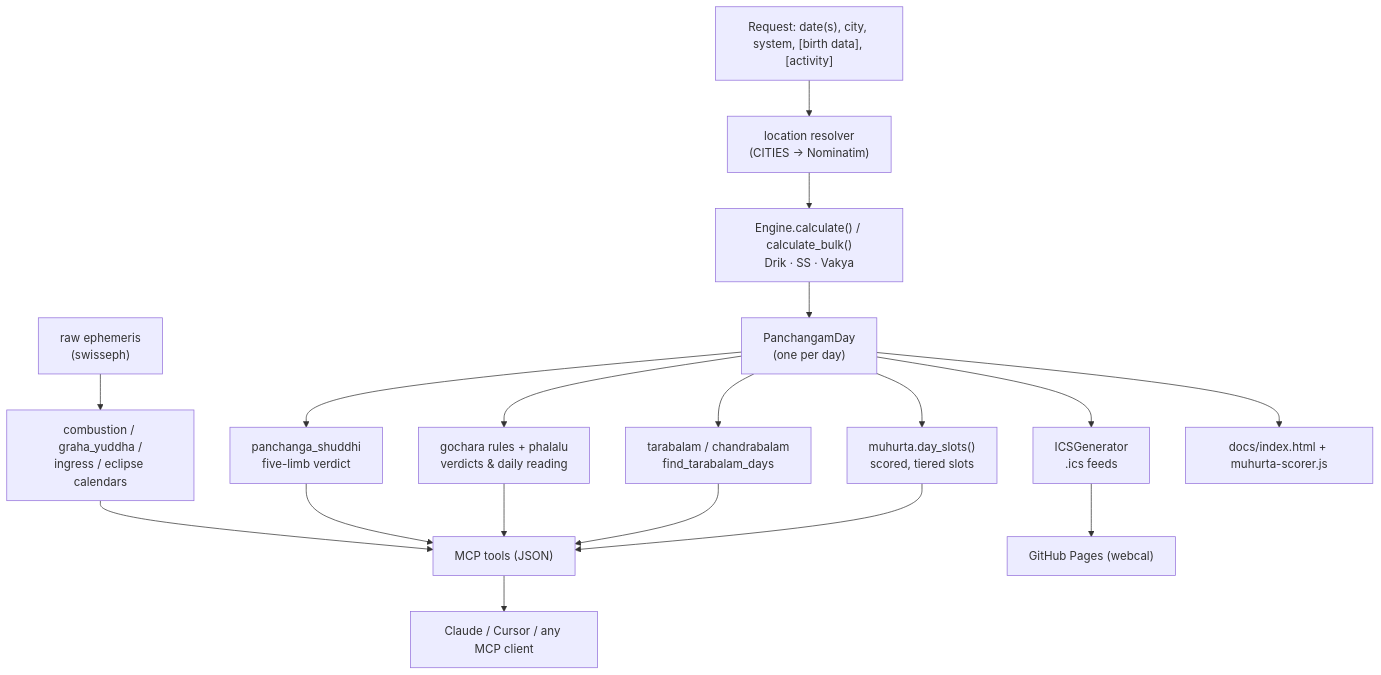
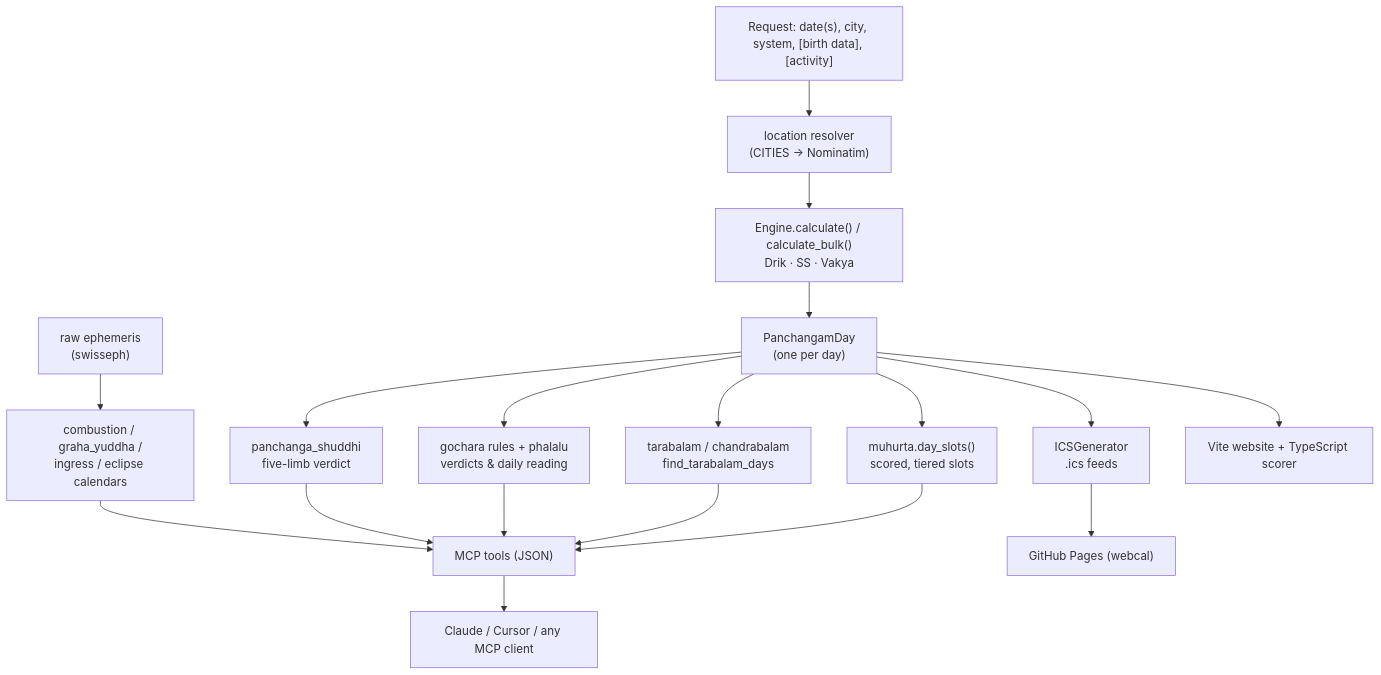
Before and after one commit to socraticsurge/telugu-calendar-utilities: the first of 2 diagrams in docs/reference/05-data-flow-and-muhurta.md, drawn with Mermaid. The commit also changed other lines of this file and 8 other files, not shown here.

````diff
--- a/docs/reference/05-data-flow-and-muhurta.md
+++ b/docs/reference/05-data-flow-and-muhurta.md
@@ -10,26 +10,26 @@
 ```mermaid
 flowchart TB
     REQ["Request: date(s), city, system, [birth data], [activity]"]
     LOC["location resolver<br/>(CITIES → Nominatim)"]
     ENGINE["Engine.calculate() / calculate_bulk()<br/>Drik · SS · Vakya"]
     DAY["PanchangamDay<br/>(one per day)"]
 
     REQ --> LOC --> ENGINE --> DAY
 
     DAY --> MUH["muhurta.day_slots()<br/>scored, tiered slots"]
     DAY --> TARA["tarabalam / chandrabalam<br/>find_tarabalam_days"]
     DAY --> GOCH["gochara rules + phalalu<br/>verdicts & daily reading"]
     DAY --> SHUD["panchanga_shuddhi<br/>five-limb verdict"]
     DAY --> ICS["ICSGenerator<br/>.ics feeds"]
 
     EPH["raw ephemeris<br/>(swisseph)"] --> CAL["combustion / graha_yuddha /<br/>ingress / eclipse calendars"]
 
     MUH --> MCP["MCP tools (JSON)"]
     TARA --> MCP
     GOCH --> MCP
     SHUD --> MCP
     CAL --> MCP
     ICS --> PAGES["GitHub Pages (webcal)"]
     MCP --> CLIENT["Claude / Cursor / any MCP client"]
-    DAY --> SITE["docs/index.html + muhurta-scorer.js"]
+    DAY --> SITE["Vite website + TypeScript scorer"]
 ```
````
